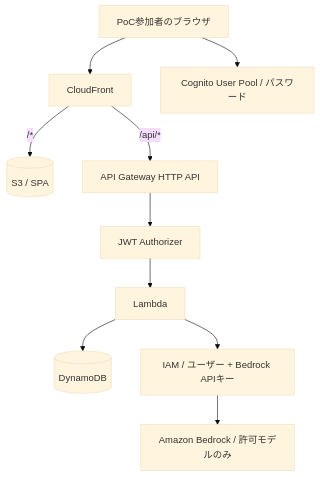
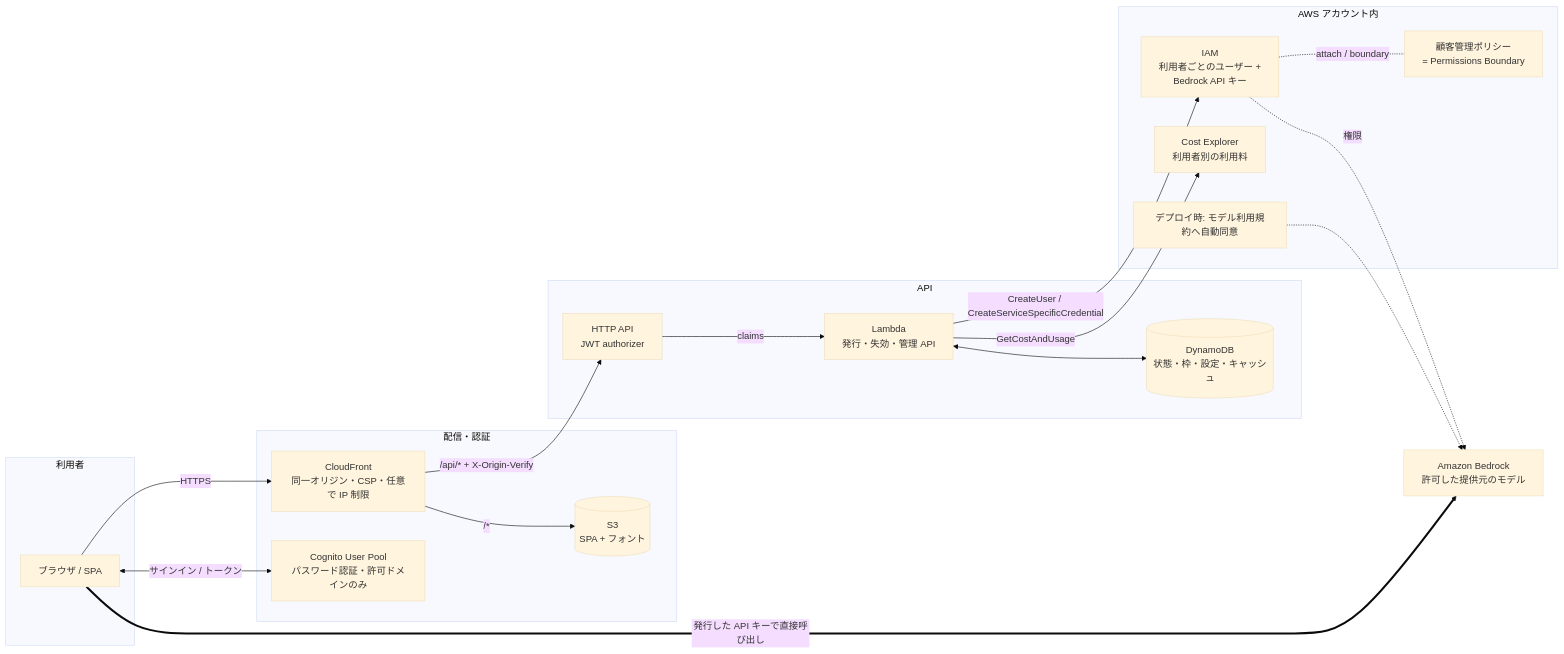
Before and after one commit to ndmxjp/bedrock-api-key-portal: the first of 2 diagrams in README.md, drawn with Mermaid (base theme). The commit also changed other lines of this file and 5 other files, not shown here.

Commit message:
README: add screenshots and architecture/issuance diagrams

````diff
--- a/README.md
+++ b/README.md
@@ -37,12 +58,40 @@
 ```mermaid
-flowchart TD
-  U[PoC参加者のブラウザ] --> CF[CloudFront]
-  CF -->|/*| S3[(S3 / SPA)]
-  CF -->|/api/*| A[API Gateway HTTP API]
-  U --> C[Cognito User Pool / パスワード]
-  A --> J[JWT Authorizer]
-  J --> L[Lambda]
-  L --> D[(DynamoDB)]
-  L --> I[IAM / ユーザー + Bedrock APIキー]
-  I --> B[Amazon Bedrock / 許可モデルのみ]
+flowchart LR
+  subgraph Client[利用者]
+    U[ブラウザ / SPA]
+  end
+
+  subgraph Edge[配信・認証]
+    CF[CloudFront<br/>同一オリジン・CSP・任意で IP 制限]
+    S3[(S3<br/>SPA + フォント)]
+    C[Cognito User Pool<br/>パスワード認証・許可ドメインのみ]
+  end
+
+  subgraph API[API]
+    GW[HTTP API<br/>JWT authorizer]
+    L[Lambda<br/>発行・失効・管理 API]
+    D[(DynamoDB<br/>状態・枠・設定・キャッシュ)]
+  end
+
+  subgraph AWS[AWS アカウント内]
+    I[IAM<br/>利用者ごとのユーザー +<br/>Bedrock API キー]
+    P[顧客管理ポリシー<br/>= Permissions Boundary]
+    CE[Cost Explorer<br/>利用者別の利用料]
+    AG[デプロイ時: モデル利用規約へ自動同意]
+  end
+
+  B[Amazon Bedrock<br/>許可した提供元のモデル]
+
+  U -->|HTTPS| CF
+  CF -->|/*| S3
+  CF -->|/api/* + X-Origin-Verify| GW
+  U <-->|サインイン / トークン| C
+  GW -->|claims| L
+  L <--> D
+  L -->|CreateUser / CreateServiceSpecificCredential| I
+  I -. attach / boundary .- P
+  L -->|GetCostAndUsage| CE
+  AG -.-> B
+  U ==>|発行した API キーで直接呼び出し| B
+  I -. 権限 .-> B
 ```
````
